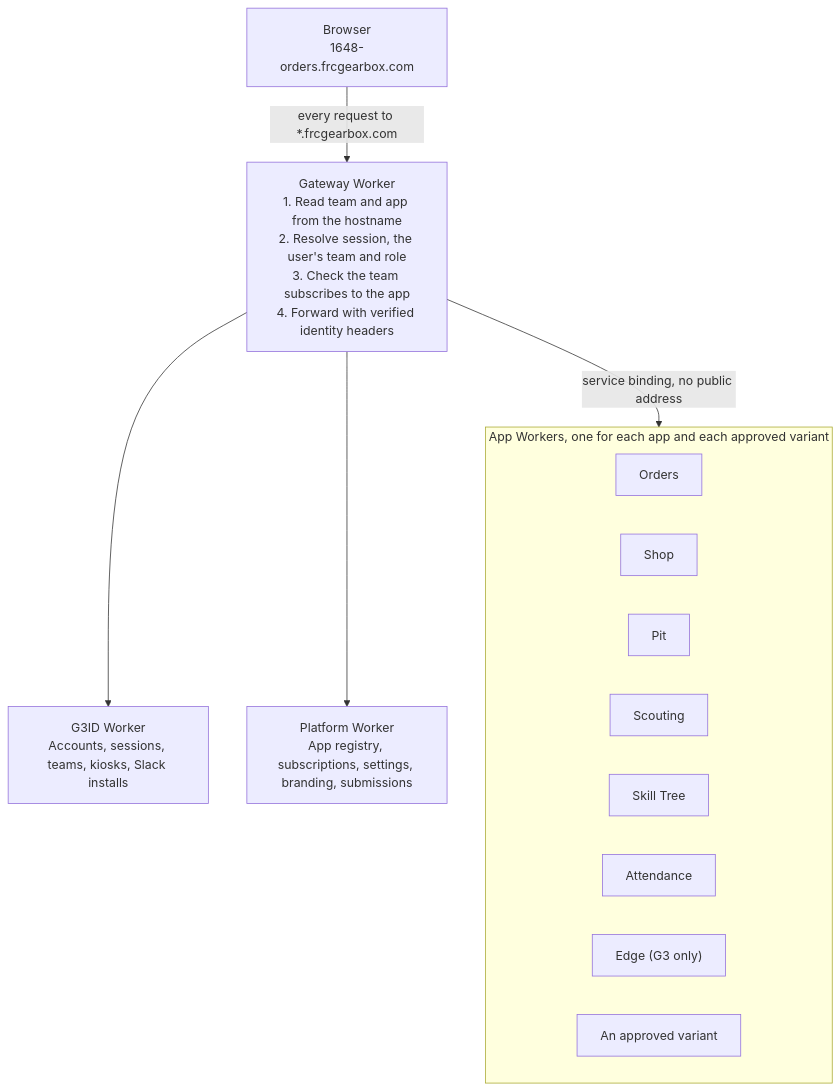
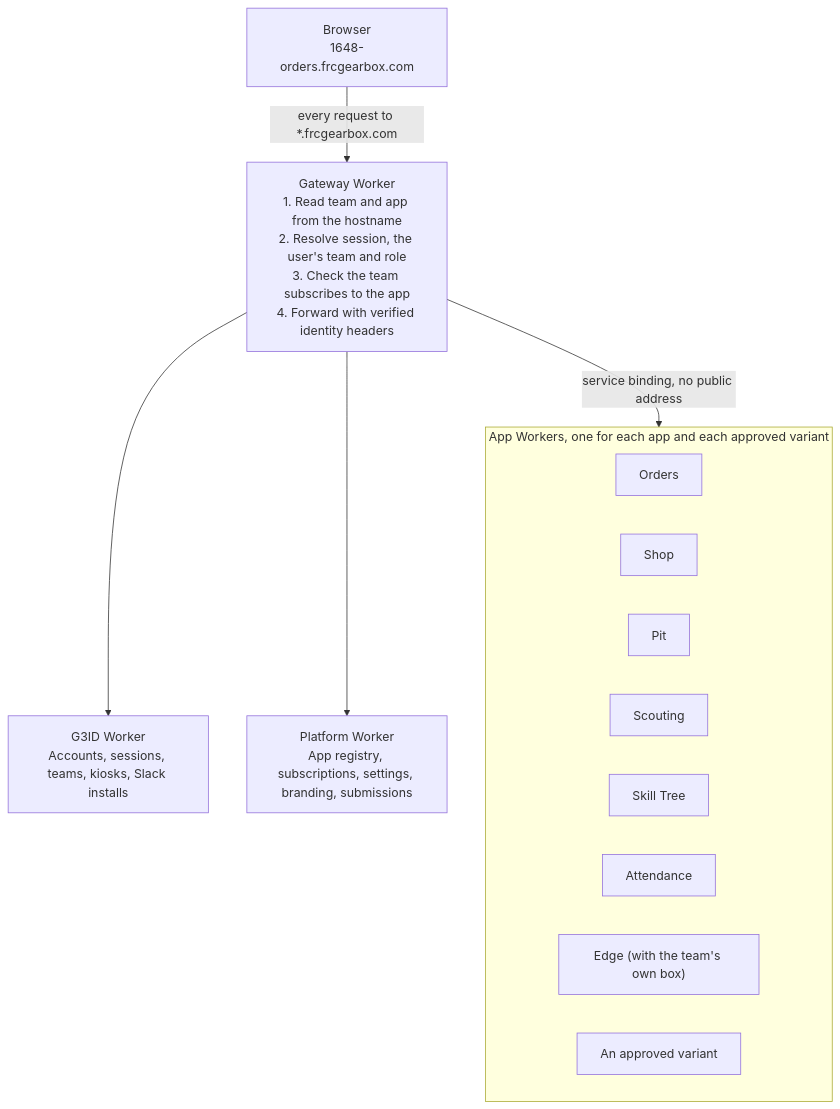
One commit to midtownrobotics/Gearbox changed the second of 2 diagrams in docs/roadmap/roadmap.md. Above: the diagram before and after it, drawn with Mermaid. The commit also changed other lines of this file and 252 other files, not shown here.

````diff
--- a/docs/roadmap/roadmap.md
+++ b/docs/roadmap/roadmap.md
@@ -141,18 +157,18 @@
 ```mermaid
 flowchart TD
   B["Browser<br/>1648-orders.frcgearbox.com"] -- "every request to *.frcgearbox.com" --> G["Gateway Worker<br/>1. Read team and app from the hostname<br/>2. Resolve session, the user's team and role<br/>3. Check the team subscribes to the app<br/>4. Forward with verified identity headers"]
   G --> I["G3ID Worker<br/>Accounts, sessions, teams, kiosks, Slack installs"]
   G --> P["Platform Worker<br/>App registry, subscriptions, settings, branding, submissions"]
   G -- "service binding, no public address" --> A
   subgraph A["App Workers, one for each app and each approved variant"]
     direction LR
     Orders
     Shop
     Pit
     Scouting
     SkillTree["Skill Tree"]
     Attendance
-    Edge["Edge (G3 only)"]
+    Edge["Edge (with the team's own box)"]
     Variant["An approved variant"]
   end
 ```
````
